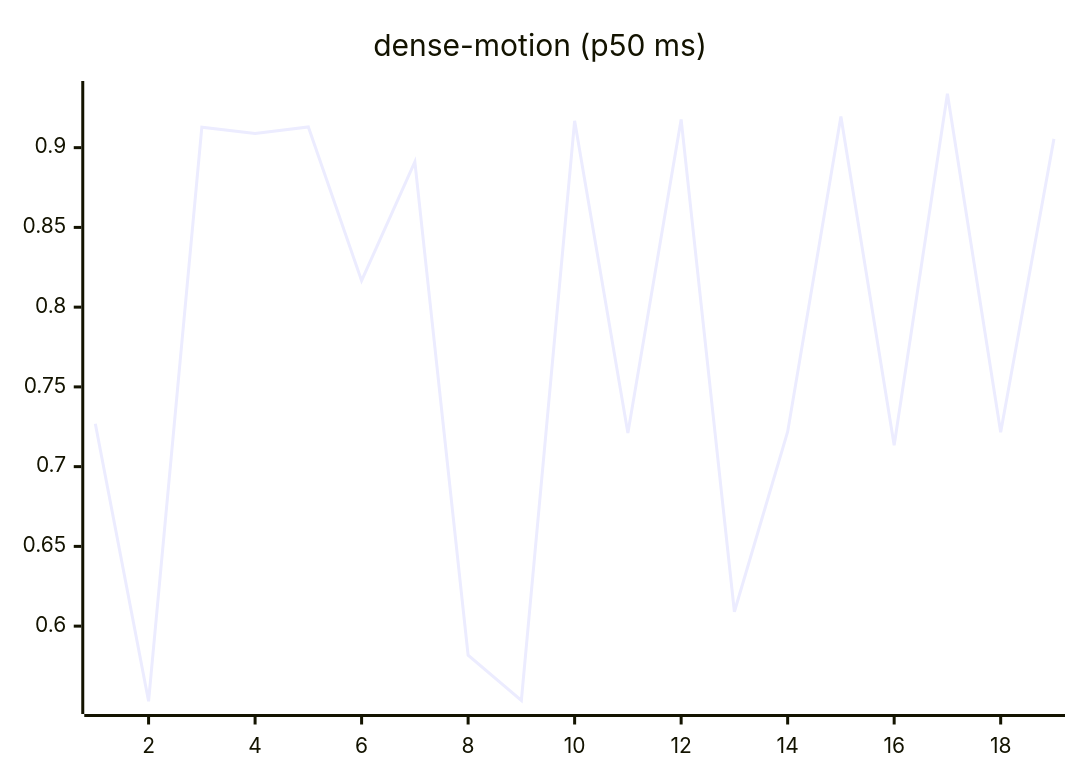
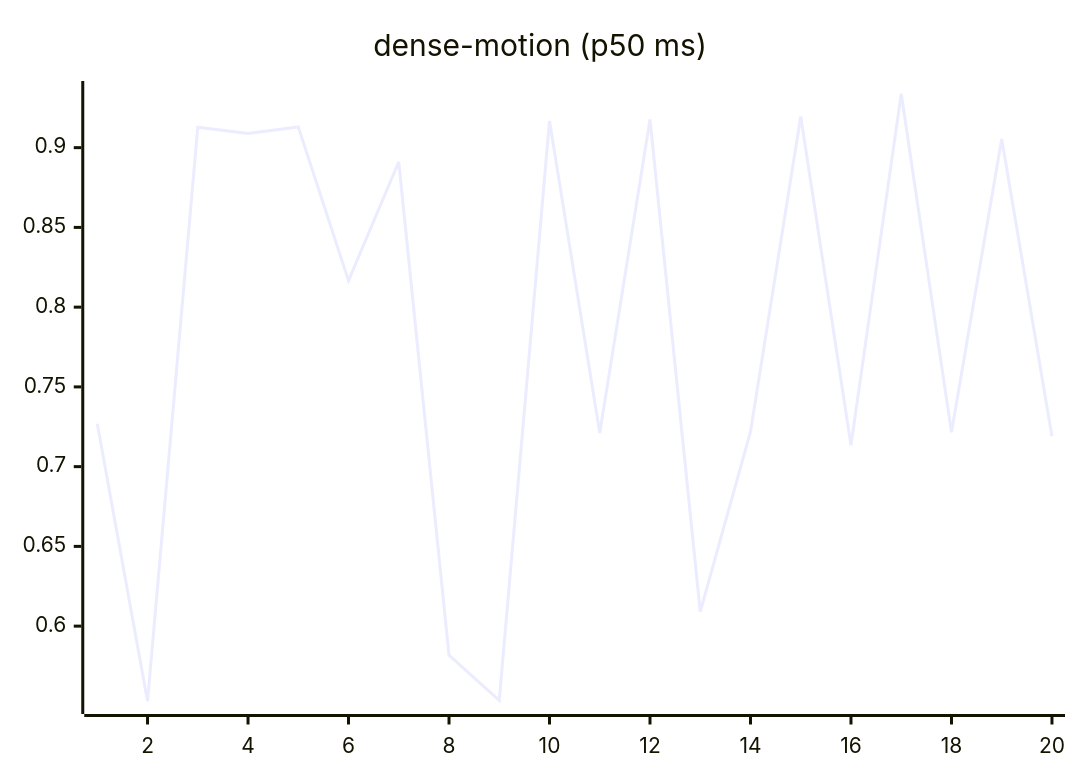
Before and after one commit to josha/Facet: the ninth of 27 diagrams in README.md, drawn with Mermaid. The commit also changed other lines of this file and 2 other files, not shown here.

````diff
--- a/README.md
+++ b/README.md
@@ -119,6 +119,6 @@
 ```mermaid
 xychart-beta
     title "dense-motion (p50 ms)"
-    x-axis 1 --> 19
-    line [0.7269, 0.5529, 0.9128, 0.9089, 0.9130, 0.8166, 0.8911, 0.5818, 0.5534, 0.9168, 0.7211, 0.9177, 0.6090, 0.7219, 0.9196, 0.7134, 0.9338, 0.7216, 0.9055]
+    x-axis 1 --> 20
+    line [0.7269, 0.5529, 0.9128, 0.9089, 0.9130, 0.8166, 0.8911, 0.5818, 0.5534, 0.9168, 0.7211, 0.9177, 0.6090, 0.7219, 0.9196, 0.7134, 0.9338, 0.7216, 0.9055, 0.7190]
 ```
````
